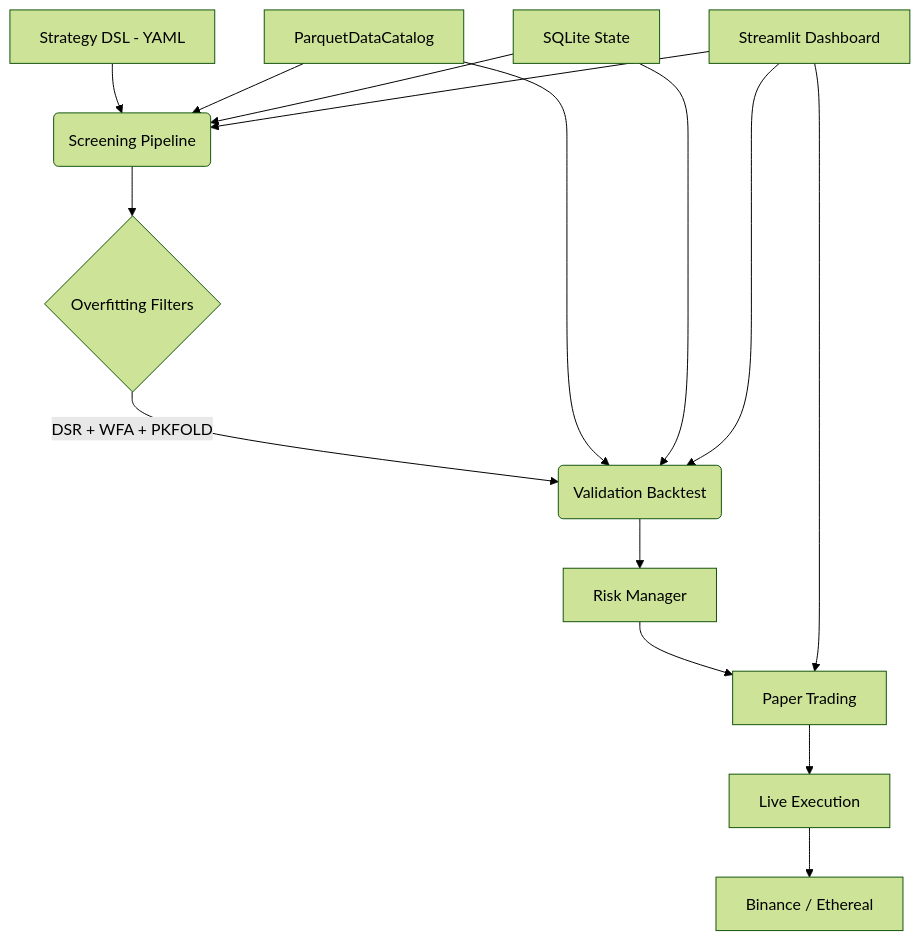
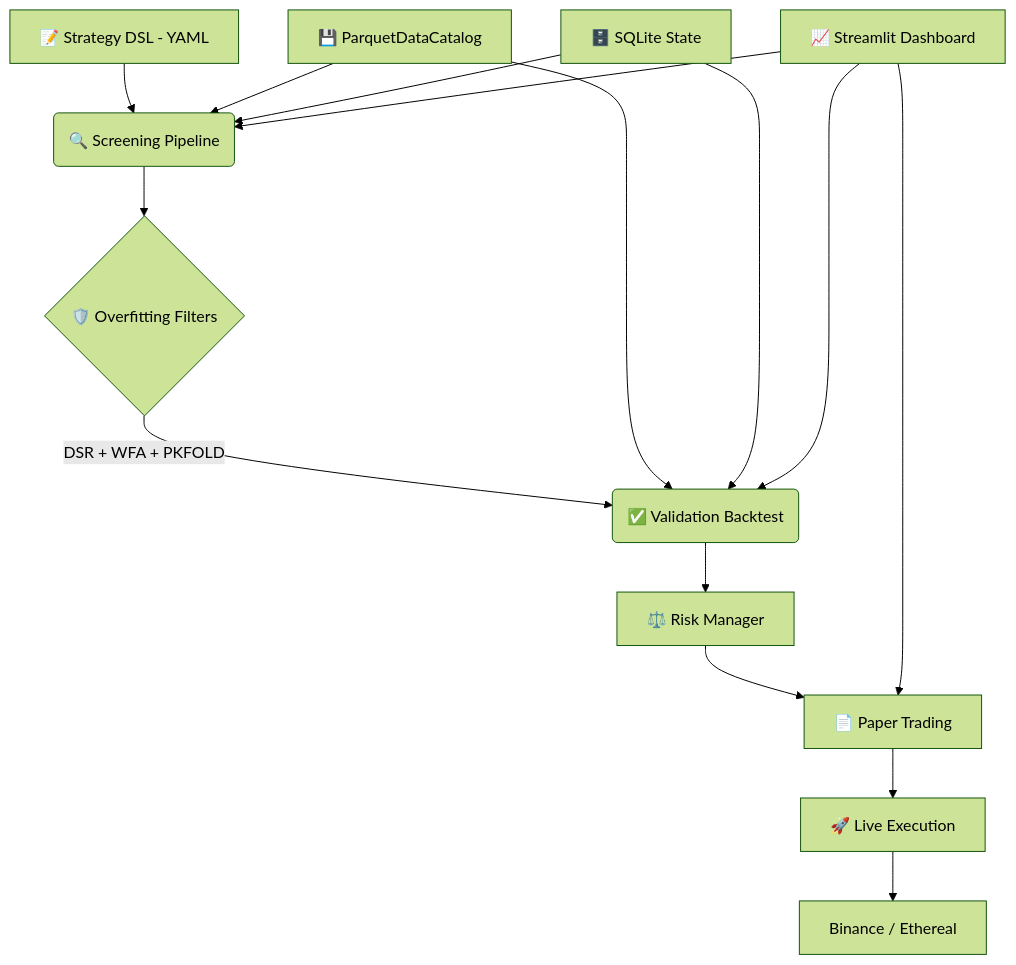
Before and after one commit to verebelyin/vibe-quant: the diagram in README.md, drawn with Mermaid (forest theme). The commit also changed other lines of this file, not shown here.

````diff
--- a/README.md
+++ b/README.md
@@ -143,18 +144,18 @@
 ```mermaid
 graph TD
-    A[Strategy DSL - YAML] --> B(Screening Pipeline)
-    B --> C{Overfitting Filters}
-    C -- DSR + WFA + PKFOLD --> D(Validation Backtest)
-    D --> E[Risk Manager]
-    E --> F[Paper Trading]
-    F --> G[Live Execution]
+    A[📝 Strategy DSL - YAML] --> B(🔍 Screening Pipeline)
+    B --> C{🛡️ Overfitting Filters}
+    C -- DSR + WFA + PKFOLD --> D(✅ Validation Backtest)
+    D --> E[⚖️ Risk Manager]
+    E --> F[📄 Paper Trading]
+    F --> G[🚀 Live Execution]
     G --> H[Binance / Ethereal]
 
-    I[ParquetDataCatalog] --> B
+    I[💾 ParquetDataCatalog] --> B
     I --> D
-    J[SQLite State] --> B
+    J[🗄️ SQLite State] --> B
     J --> D
-    K[Streamlit Dashboard] --> B
+    K[📈 Streamlit Dashboard] --> B
     K --> D
     K --> F
 ```
````
